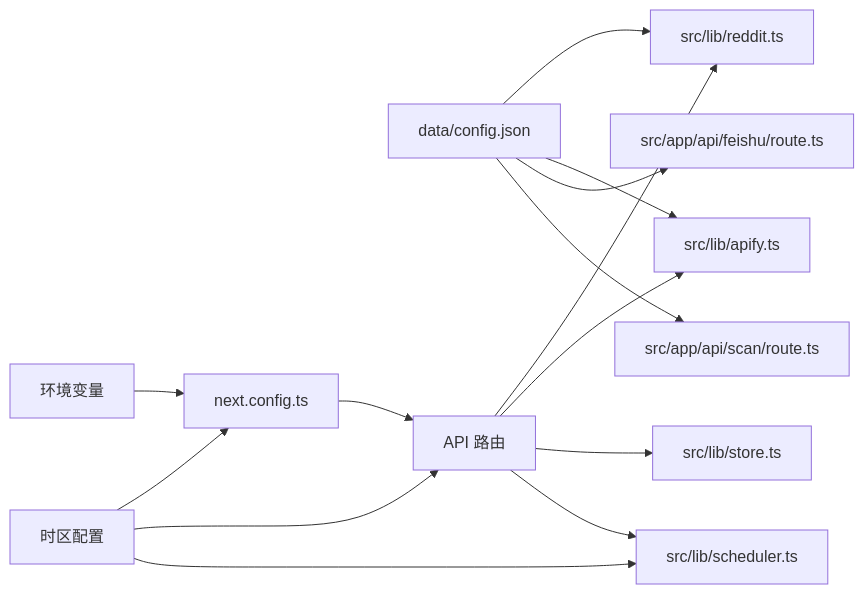
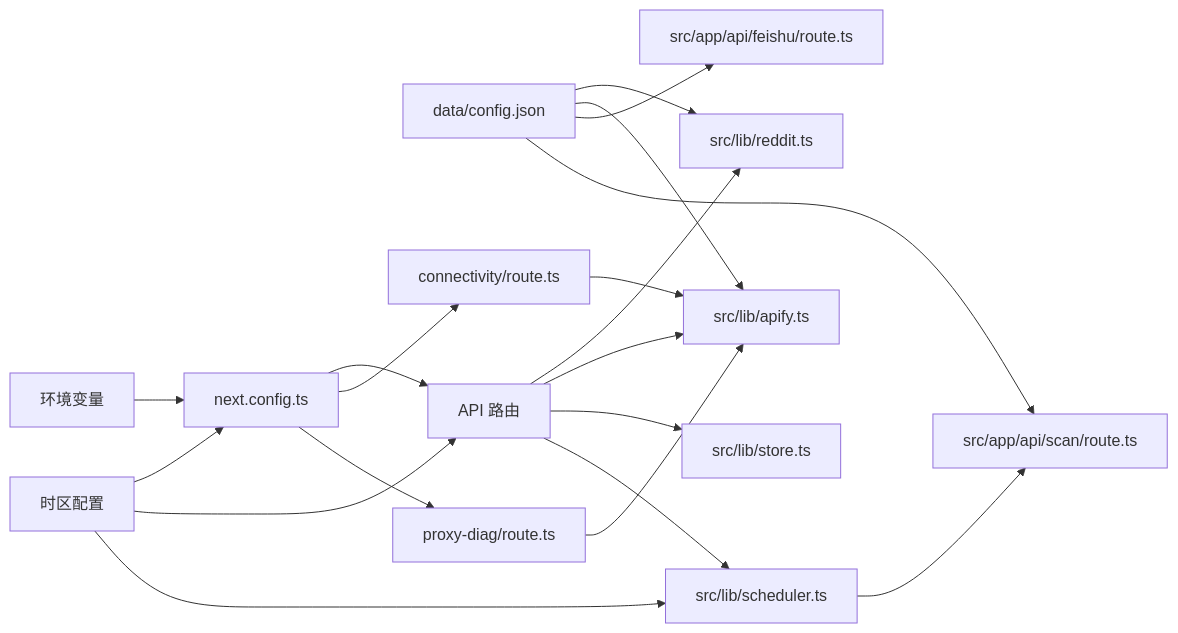
One commit to zezzezzez/reddit changed the third of 3 diagrams in .qoder/repowiki/zh/content/部署指南/环境配置.md. Above: the diagram before and after it, drawn with Mermaid. The commit also changed other lines of this file and 21 other files, not shown here.

````diff
--- a/.qoder/repowiki/zh/content/部署指南/环境配置.md
+++ b/.qoder/repowiki/zh/content/部署指南/环境配置.md
@@ -445,16 +650,21 @@
 ```mermaid
 graph LR
 CFG["data/config.json"] --> LIBREDDIT["src/lib/reddit.ts"]
 CFG --> LIBAPIFY["src/lib/apify.ts"]
 CFG --> ROUTEFEISHU["src/app/api/feishu/route.ts"]
 CFG --> ROUTESCAN["src/app/api/scan/route.ts"]
 ENV["环境变量"] --> NEXT["next.config.ts"]
 NEXT --> ROUTES["API 路由"]
+NEXT --> CONNECTIVITY["connectivity/route.ts"]
+NEXT --> PROXYDIAG["proxy-diag/route.ts"]
 ROUTES --> LIBREDDIT
 ROUTES --> LIBAPIFY
 ROUTES --> STORE["src/lib/store.ts"]
 ROUTES --> SCHED["src/lib/scheduler.ts"]
 TZ["时区配置"] --> NEXT
 TZ --> ROUTES
 TZ --> SCHED
+CONNECTIVITY --> LIBAPIFY
+PROXYDIAG --> LIBAPIFY
+SCHED --> ROUTESCAN
 ```
````
